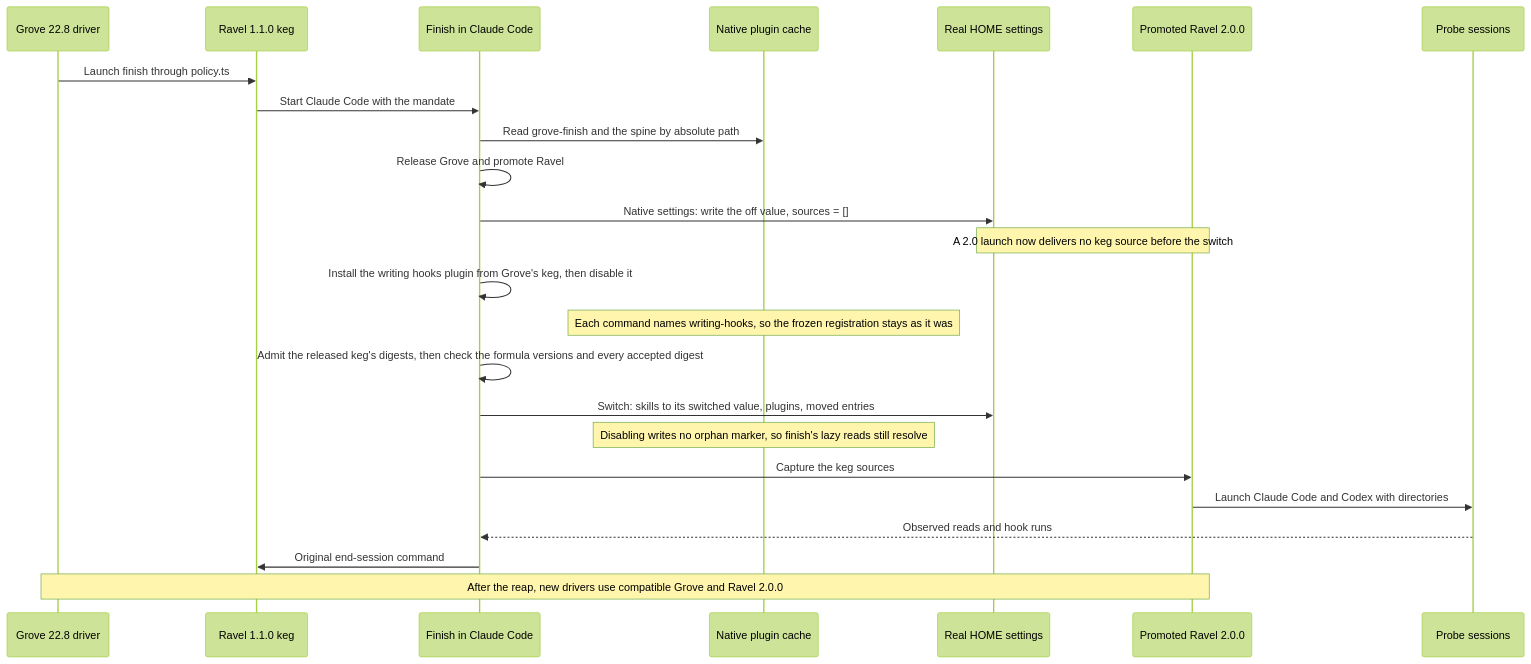
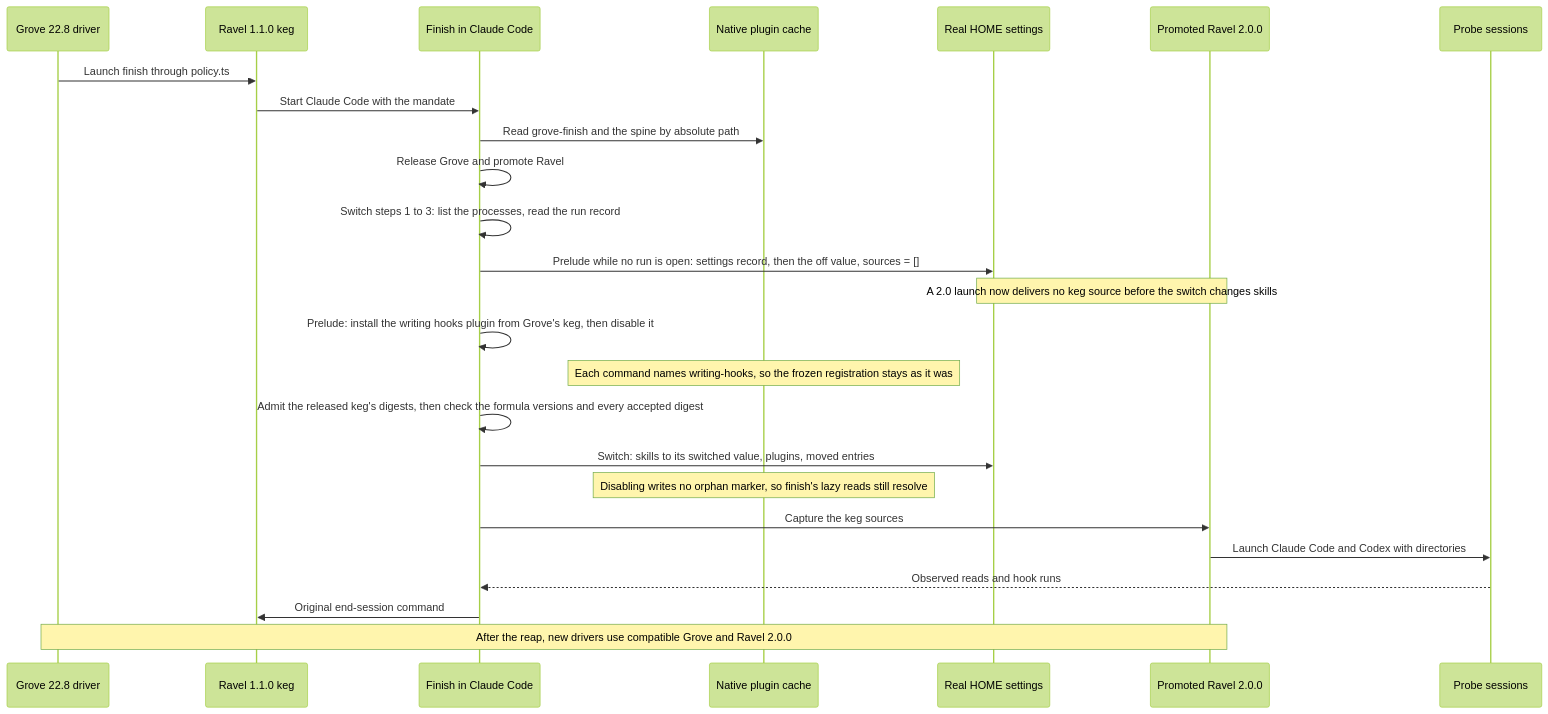
One commit to Linkuistics/grove changed the diagram in docs/design/harness-selection-and-execution/owner-final-session.mmd. Above: the diagram before and after it, drawn with Mermaid (forest theme). The commit also changed 13 other files, not shown here.

Commit message:
Move the preludes of the owner switch into its step 3 (native-settings-recovery-k221)

```diff
--- a/docs/design/harness-selection-and-execution/owner-final-session.mmd
+++ b/docs/design/harness-selection-and-execution/owner-final-session.mmd
@@ -1,24 +1,25 @@
 sequenceDiagram
     participant D as Grove 22.8 driver
     participant R1 as Ravel 1.1.0 keg
     participant F as Finish in Claude Code
     participant N as Native plugin cache
     participant H as Real HOME settings
     participant R2 as Promoted Ravel 2.0.0
     participant P as Probe sessions
     D->>R1: Launch finish through policy.ts
     R1->>F: Start Claude Code with the mandate
     F->>N: Read grove-finish and the spine by absolute path
     F->>F: Release Grove and promote Ravel
-    F->>H: Native settings: write the off value, sources = []
-    Note over H,R2: A 2.0 launch now delivers no keg source before the switch
-    F->>F: Install the writing hooks plugin from Grove's keg, then disable it
+    F->>F: Switch steps 1 to 3: list the processes, read the run record
+    F->>H: Prelude while no run is open: settings record, then the off value, sources = []
+    Note over H,R2: A 2.0 launch now delivers no keg source before the switch changes skills
+    F->>F: Prelude: install the writing hooks plugin from Grove's keg, then disable it
     Note over N: Each command names writing-hooks, so the frozen registration stays as it was
     F->>F: Admit the released keg's digests, then check the formula versions and every accepted digest
     F->>H: Switch: skills to its switched value, plugins, moved entries
     Note over N: Disabling writes no orphan marker, so finish's lazy reads still resolve
     F->>R2: Capture the keg sources
     R2->>P: Launch Claude Code and Codex with directories
     P-->>F: Observed reads and hook runs
     F->>R1: Original end-session command
     Note over D,R2: After the reap, new drivers use compatible Grove and Ravel 2.0.0
```
